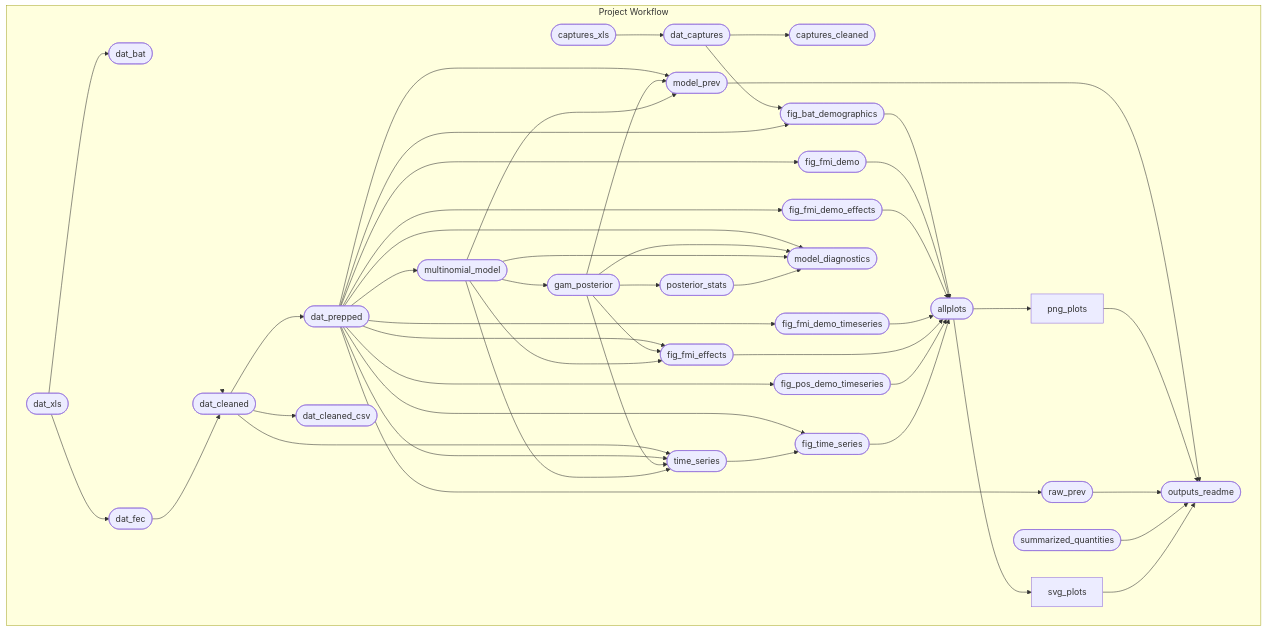
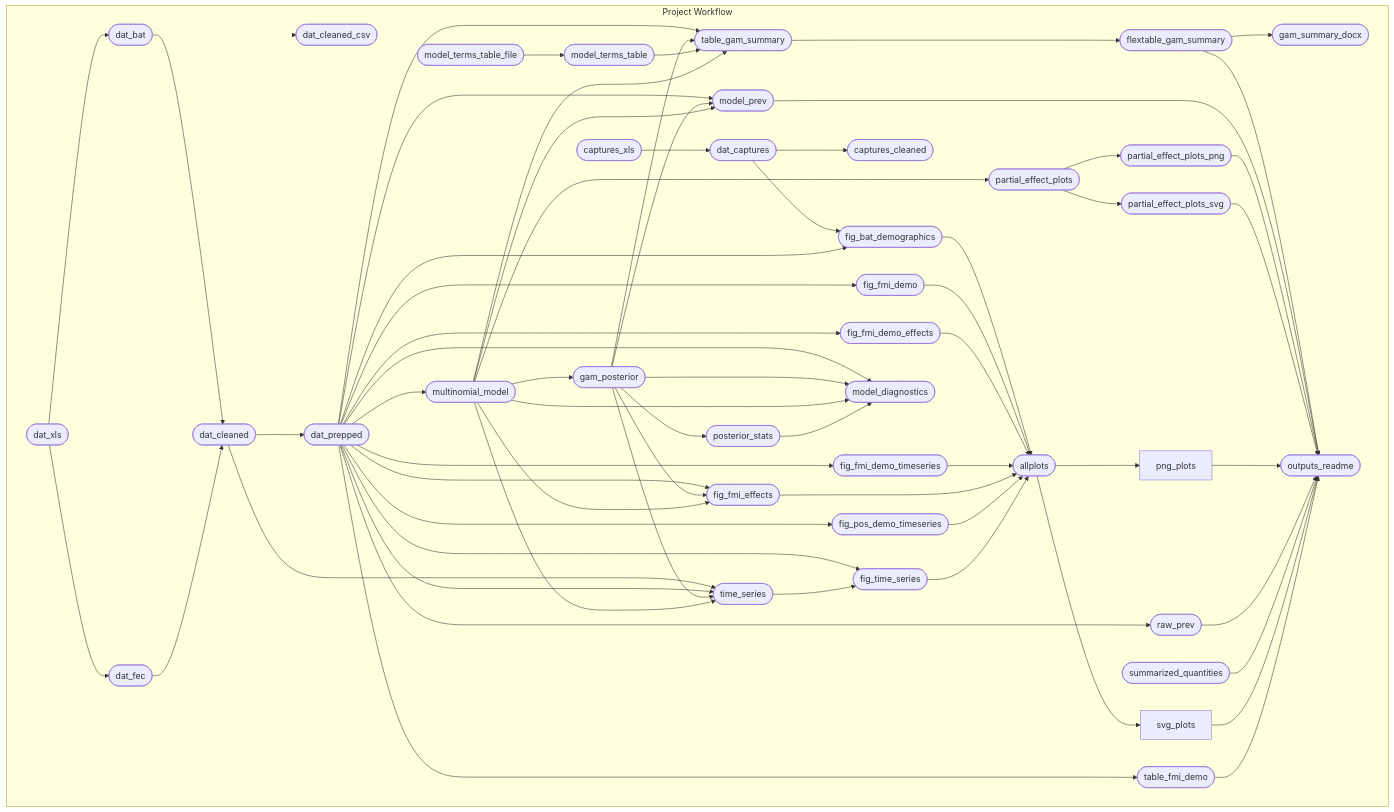
The diagram in README.md (ecohealthalliance/sabrenet-rousettus-dynamics), drawn with Mermaid before and after one commit. The commit also changed 6 other files, not shown here.

Commit message:
Print correct partial effect plats

````diff
--- a/README.md
+++ b/README.md
@@ -42,55 +42,70 @@
 ``` mermaid
 graph LR
 subgraph Project Workflow
     direction LR
-    x6cf5d6dc2e05a667(["dat_bat"]):::skipped --> xba784c3a136c631a(["dat_cleaned"]):::queued
-    x733041ef94e8d4a9(["dat_fec"]):::skipped --> xba784c3a136c631a(["dat_cleaned"]):::queued
-    xb354ea9be719f8bb(["captures_xls"]):::skipped --> xe05634441492d438(["dat_captures"]):::skipped
-    xba784c3a136c631a(["dat_cleaned"]):::queued --> xf22c729b71100575(["time_series"]):::queued
-    x4a5cfaffa1d0e789(["dat_prepped"]):::queued --> xf22c729b71100575(["time_series"]):::queued
-    x89c8b8fe66c39f8c(["gam_posterior"]):::queued --> xf22c729b71100575(["time_series"]):::queued
-    x023bc1d70802c4e1(["multinomial_model"]):::queued --> xf22c729b71100575(["time_series"]):::queued
-    x798304d337dd8ea1(["allplots"]):::queued --> xbbcceea2cdf8d3f7["svg_plots"]:::queued
-    xe05634441492d438(["dat_captures"]):::skipped --> x370906d20a0ac4c5(["captures_cleaned"]):::queued
+    xba784c3a136c631a(["dat_cleaned"]):::queued --> xdb44d218f76593df(["dat_cleaned_csv"]):::queued
     x4a5cfaffa1d0e789(["dat_prepped"]):::queued --> x023bc1d70802c4e1(["multinomial_model"]):::queued
-    x4a5cfaffa1d0e789(["dat_prepped"]):::queued --> x4ee8fa2dac97ae88(["fig_fmi_demo_effects"]):::queued
-    xe05634441492d438(["dat_captures"]):::skipped --> x7a7f43da56388c67(["fig_bat_demographics"]):::queued
-    x4a5cfaffa1d0e789(["dat_prepped"]):::queued --> x7a7f43da56388c67(["fig_bat_demographics"]):::queued
-    xc2117931d245afce(["dat_xls"]):::skipped --> x733041ef94e8d4a9(["dat_fec"]):::skipped
-    xc2117931d245afce(["dat_xls"]):::skipped --> x6cf5d6dc2e05a667(["dat_bat"]):::skipped
+    x023bc1d70802c4e1(["multinomial_model"]):::queued --> x89c8b8fe66c39f8c(["gam_posterior"]):::queued
+    xa8aa782838af3774(["partial_effect_plots"]):::queued --> x62025a0def5a4707(["partial_effect_plots_svg"]):::queued
+    x2d7bbbb9a4c3fe9d(["flextable_gam_summary"]):::queued --> x7998bc630ab92bda(["gam_summary_docx"]):::queued
+    x2d7bbbb9a4c3fe9d(["flextable_gam_summary"]):::queued --> xbda0fd67e19f73bc(["outputs_readme"]):::queued
     x67d4d2e6dfa8bf90(["model_prev"]):::queued --> xbda0fd67e19f73bc(["outputs_readme"]):::queued
+    x4426e7f0707b13f1(["partial_effect_plots_png"]):::queued --> xbda0fd67e19f73bc(["outputs_readme"]):::queued
+    x62025a0def5a4707(["partial_effect_plots_svg"]):::queued --> xbda0fd67e19f73bc(["outputs_readme"]):::queued
     x0b04ba823e0b5eec["png_plots"]:::queued --> xbda0fd67e19f73bc(["outputs_readme"]):::queued
     xdf15caacba83d075(["raw_prev"]):::queued --> xbda0fd67e19f73bc(["outputs_readme"]):::queued
     x07b56d1fbca21cf3(["summarized_quantities"]):::skipped --> xbda0fd67e19f73bc(["outputs_readme"]):::queued
     xbbcceea2cdf8d3f7["svg_plots"]:::queued --> xbda0fd67e19f73bc(["outputs_readme"]):::queued
-    x4a5cfaffa1d0e789(["dat_prepped"]):::queued --> xdf15caacba83d075(["raw_prev"]):::queued
-    x798304d337dd8ea1(["allplots"]):::queued --> x0b04ba823e0b5eec["png_plots"]:::queued
-    x4a5cfaffa1d0e789(["dat_prepped"]):::queued --> x23873f9d63594e23(["fig_fmi_demo"]):::queued
-    x4a5cfaffa1d0e789(["dat_prepped"]):::queued --> x50a3b768b5746682(["fig_pos_demo_timeseries"]):::queued
-    xba784c3a136c631a(["dat_cleaned"]):::queued --> xdb44d218f76593df(["dat_cleaned_csv"]):::queued
-    x4a5cfaffa1d0e789(["dat_prepped"]):::queued --> x1e7dc8900c0252af(["model_diagnostics"]):::queued
-    x89c8b8fe66c39f8c(["gam_posterior"]):::queued --> x1e7dc8900c0252af(["model_diagnostics"]):::queued
-    x023bc1d70802c4e1(["multinomial_model"]):::queued --> x1e7dc8900c0252af(["model_diagnostics"]):::queued
-    x48dd96190e644d8f(["posterior_stats"]):::queued --> x1e7dc8900c0252af(["model_diagnostics"]):::queued
-    x4a5cfaffa1d0e789(["dat_prepped"]):::queued --> x80ade130098abb0f(["fig_fmi_demo_timeseries"]):::queued
+    xf268c53ef67145e5(["table_fmi_demo"]):::queued --> xbda0fd67e19f73bc(["outputs_readme"]):::queued
+    x798304d337dd8ea1(["allplots"]):::queued --> xbbcceea2cdf8d3f7["svg_plots"]:::queued
+    xb354ea9be719f8bb(["captures_xls"]):::skipped --> xe05634441492d438(["dat_captures"]):::skipped
+    xc2117931d245afce(["dat_xls"]):::skipped --> x733041ef94e8d4a9(["dat_fec"]):::queued
     x4a5cfaffa1d0e789(["dat_prepped"]):::queued --> x37da1c8de8c2ccbe(["fig_fmi_effects"]):::queued
     x89c8b8fe66c39f8c(["gam_posterior"]):::queued --> x37da1c8de8c2ccbe(["fig_fmi_effects"]):::queued
     x023bc1d70802c4e1(["multinomial_model"]):::queued --> x37da1c8de8c2ccbe(["fig_fmi_effects"]):::queued
+    xe05634441492d438(["dat_captures"]):::skipped --> x7a7f43da56388c67(["fig_bat_demographics"]):::queued
+    x4a5cfaffa1d0e789(["dat_prepped"]):::queued --> x7a7f43da56388c67(["fig_bat_demographics"]):::queued
+    xc2117931d245afce(["dat_xls"]):::skipped --> x6cf5d6dc2e05a667(["dat_bat"]):::queued
+    x89c8b8fe66c39f8c(["gam_posterior"]):::queued --> x48dd96190e644d8f(["posterior_stats"]):::queued
+    xe2bed16893714ed7(["model_terms_table_file"]):::skipped --> x5ad18f0d36408418(["model_terms_table"]):::queued
+    xba784c3a136c631a(["dat_cleaned"]):::queued --> x4a5cfaffa1d0e789(["dat_prepped"]):::queued
+    x6cf5d6dc2e05a667(["dat_bat"]):::queued --> xba784c3a136c631a(["dat_cleaned"]):::queued
+    x733041ef94e8d4a9(["dat_fec"]):::queued --> xba784c3a136c631a(["dat_cleaned"]):::queued
+    x4a5cfaffa1d0e789(["dat_prepped"]):::queued --> xf268c53ef67145e5(["table_fmi_demo"]):::queued
+    x4a5cfaffa1d0e789(["dat_prepped"]):::queued --> x67d4d2e6dfa8bf90(["model_prev"]):::queued
+    x89c8b8fe66c39f8c(["gam_posterior"]):::queued --> x67d4d2e6dfa8bf90(["model_prev"]):::queued
+    x023bc1d70802c4e1(["multinomial_model"]):::queued --> x67d4d2e6dfa8bf90(["model_prev"]):::queued
+    x4a5cfaffa1d0e789(["dat_prepped"]):::queued --> xe3a4a17736576ba6(["fig_time_series"]):::queued
+    xf22c729b71100575(["time_series"]):::queued --> xe3a4a17736576ba6(["fig_time_series"]):::queued
+    x023bc1d70802c4e1(["multinomial_model"]):::queued --> xa8aa782838af3774(["partial_effect_plots"]):::queued
+    xe05634441492d438(["dat_captures"]):::skipped --> x370906d20a0ac4c5(["captures_cleaned"]):::queued
+    x4a5cfaffa1d0e789(["dat_prepped"]):::queued --> x23873f9d63594e23(["fig_fmi_demo"]):::queued
+    x4a5cfaffa1d0e789(["dat_prepped"]):::queued --> x80ade130098abb0f(["fig_fmi_demo_timeseries"]):::queued
     x7a7f43da56388c67(["fig_bat_demographics"]):::queued --> x798304d337dd8ea1(["allplots"]):::queued
     x23873f9d63594e23(["fig_fmi_demo"]):::queued --> x798304d337dd8ea1(["allplots"]):::queued
     x4ee8fa2dac97ae88(["fig_fmi_demo_effects"]):::queued --> x798304d337dd8ea1(["allplots"]):::queued
     x80ade130098abb0f(["fig_fmi_demo_timeseries"]):::queued --> x798304d337dd8ea1(["allplots"]):::queued
     x37da1c8de8c2ccbe(["fig_fmi_effects"]):::queued --> x798304d337dd8ea1(["allplots"]):::queued
     x50a3b768b5746682(["fig_pos_demo_timeseries"]):::queued --> x798304d337dd8ea1(["allplots"]):::queued
     xe3a4a17736576ba6(["fig_time_series"]):::queued --> x798304d337dd8ea1(["allplots"]):::queued
-    xba784c3a136c631a(["dat_cleaned"]):::queued --> x4a5cfaffa1d0e789(["dat_prepped"]):::queued
-    x4a5cfaffa1d0e789(["dat_prepped"]):::queued --> x67d4d2e6dfa8bf90(["model_prev"]):::queued
-    x89c8b8fe66c39f8c(["gam_posterior"]):::queued --> x67d4d2e6dfa8bf90(["model_prev"]):::queued
-    x023bc1d70802c4e1(["multinomial_model"]):::queued --> x67d4d2e6dfa8bf90(["model_prev"]):::queued
-    x89c8b8fe66c39f8c(["gam_posterior"]):::queued --> x48dd96190e644d8f(["posterior_stats"]):::queued
-    x023bc1d70802c4e1(["multinomial_model"]):::queued --> x89c8b8fe66c39f8c(["gam_posterior"]):::queued
-    x4a5cfaffa1d0e789(["dat_prepped"]):::queued --> xe3a4a17736576ba6(["fig_time_series"]):::queued
-    xf22c729b71100575(["time_series"]):::queued --> xe3a4a17736576ba6(["fig_time_series"]):::queued
+    x5f01ca798133c2d4(["table_gam_summary"]):::queued --> x2d7bbbb9a4c3fe9d(["flextable_gam_summary"]):::queued
+    xa8aa782838af3774(["partial_effect_plots"]):::queued --> x4426e7f0707b13f1(["partial_effect_plots_png"]):::queued
+    xba784c3a136c631a(["dat_cleaned"]):::queued --> xf22c729b71100575(["time_series"]):::queued
+    x4a5cfaffa1d0e789(["dat_prepped"]):::queued --> xf22c729b71100575(["time_series"]):::queued
+    x89c8b8fe66c39f8c(["gam_posterior"]):::queued --> xf22c729b71100575(["time_series"]):::queued
+    x023bc1d70802c4e1(["multinomial_model"]):::queued --> xf22c729b71100575(["time_series"]):::queued
+    x4a5cfaffa1d0e789(["dat_prepped"]):::queued --> xdf15caacba83d075(["raw_prev"]):::queued
+    x4a5cfaffa1d0e789(["dat_prepped"]):::queued --> x1e7dc8900c0252af(["model_diagnostics"]):::queued
+    x89c8b8fe66c39f8c(["gam_posterior"]):::queued --> x1e7dc8900c0252af(["model_diagnostics"]):::queued
+    x023bc1d70802c4e1(["multinomial_model"]):::queued --> x1e7dc8900c0252af(["model_diagnostics"]):::queued
+    x48dd96190e644d8f(["posterior_stats"]):::queued --> x1e7dc8900c0252af(["model_diagnostics"]):::queued
+    x798304d337dd8ea1(["allplots"]):::queued --> x0b04ba823e0b5eec["png_plots"]:::queued
+    x4a5cfaffa1d0e789(["dat_prepped"]):::queued --> x4ee8fa2dac97ae88(["fig_fmi_demo_effects"]):::queued
+    x4a5cfaffa1d0e789(["dat_prepped"]):::queued --> x5f01ca798133c2d4(["table_gam_summary"]):::queued
+    x89c8b8fe66c39f8c(["gam_posterior"]):::queued --> x5f01ca798133c2d4(["table_gam_summary"]):::queued
+    x5ad18f0d36408418(["model_terms_table"]):::queued --> x5f01ca798133c2d4(["table_gam_summary"]):::queued
+    x023bc1d70802c4e1(["multinomial_model"]):::queued --> x5f01ca798133c2d4(["table_gam_summary"]):::queued
+    x4a5cfaffa1d0e789(["dat_prepped"]):::queued --> x50a3b768b5746682(["fig_pos_demo_timeseries"]):::queued
   end
 linkStyle 0 stroke-width:0px;
 ```
````
